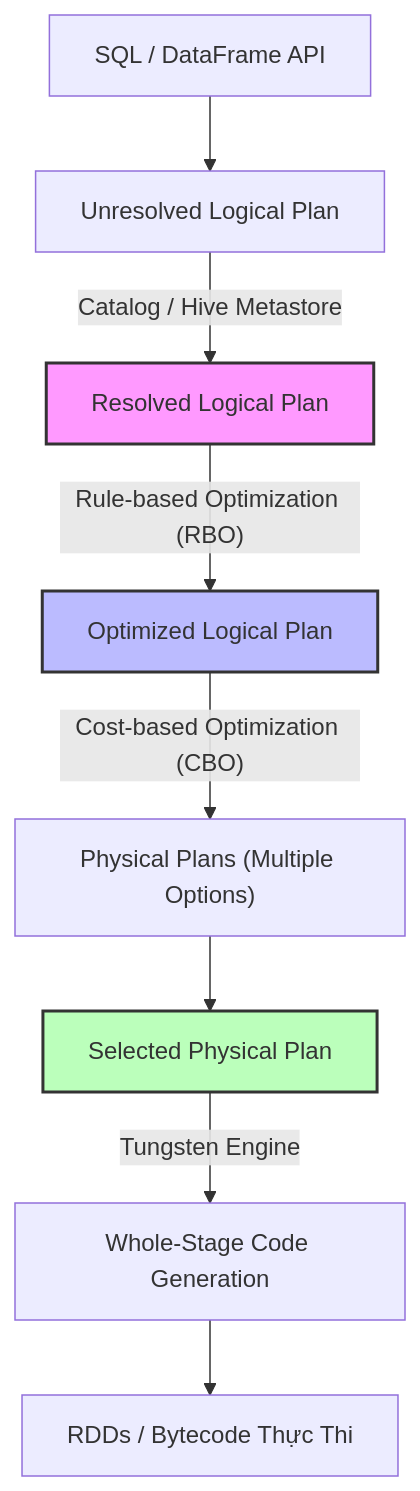
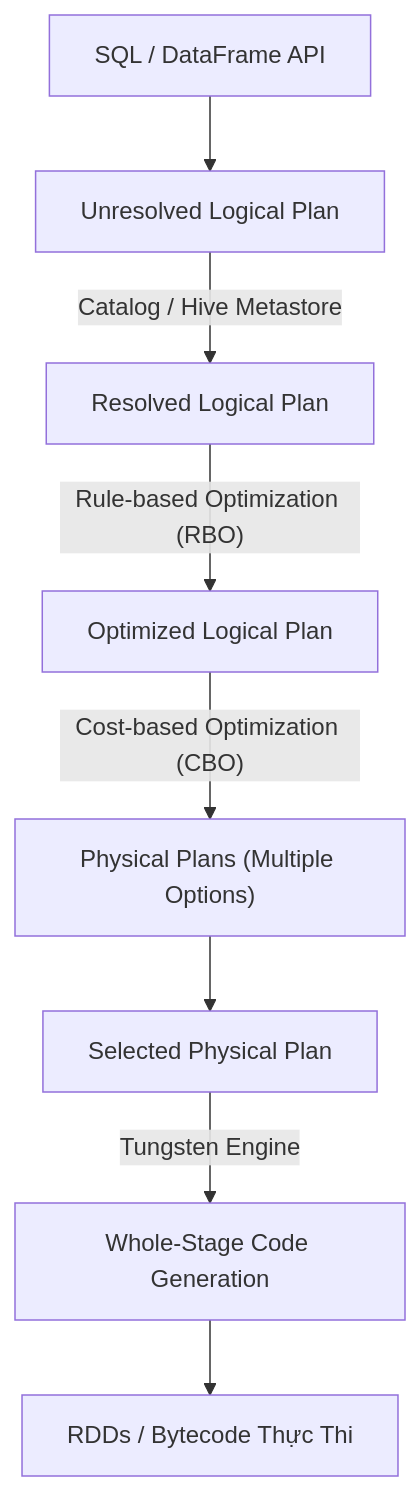
Before and after one commit to kythuatdulieu/kythuatdulieu.github.io: the diagram in src/content/docs/concepts/4-compute-engines-batch/spark-sql.md, drawn with Mermaid. The commit also changed 686 other files, not shown here.

````diff
--- a/src/content/docs/concepts/4-compute-engines-batch/spark-sql.md
+++ b/src/content/docs/concepts/4-compute-engines-batch/spark-sql.md
@@ -30,14 +30,13 @@
 ```mermaid
 graph TD
     A["SQL / DataFrame API"] --> B["Unresolved Logical Plan"]
     B -->|Catalog / Hive Metastore| C["Resolved Logical Plan"]
     C -->|"Rule-based Optimization (RBO)"| D["Optimized Logical Plan"]
     D -->|"Cost-based Optimization (CBO)"| E["Physical Plans (Multiple Options)"]
     E --> F["Selected Physical Plan"]
     F -->|Tungsten Engine| G["Whole-Stage Code Generation"]
     G --> H["RDDs / Bytecode Thực Thi"]
-    
-    style C fill:#f9f,stroke:#333,stroke-width:2px
-    style D fill:#bbf,stroke:#333,stroke-width:2px
-    style F fill:#bfb,stroke:#333,stroke-width:2px
+
+
+
 ```
````
